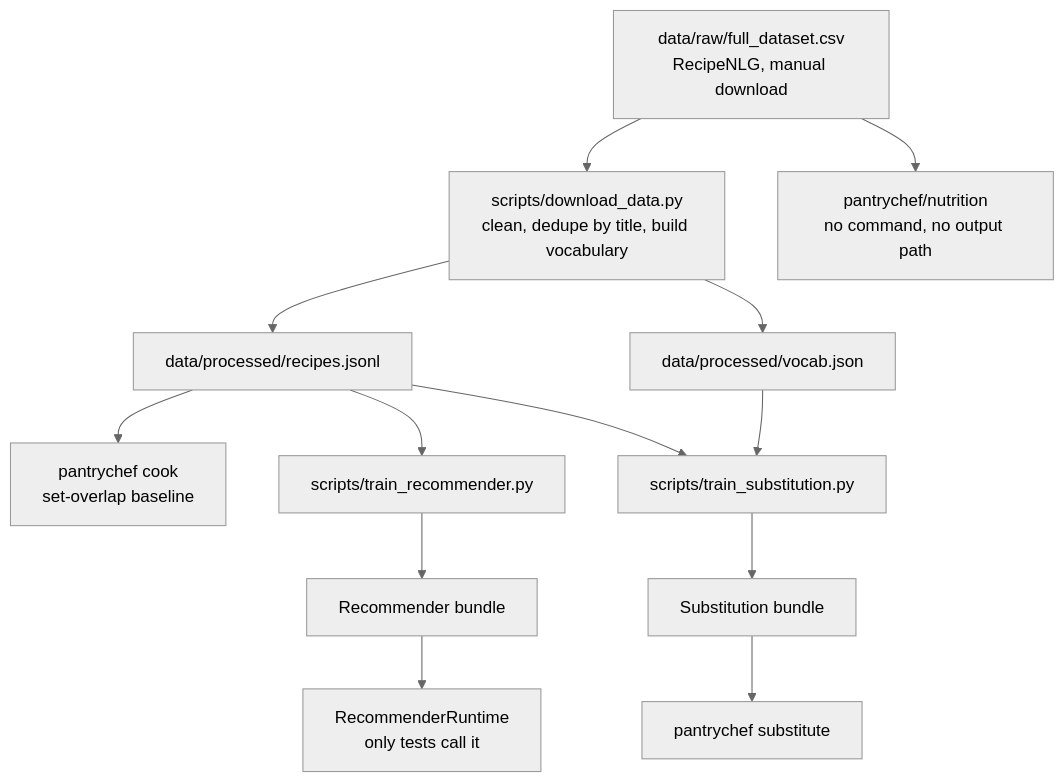
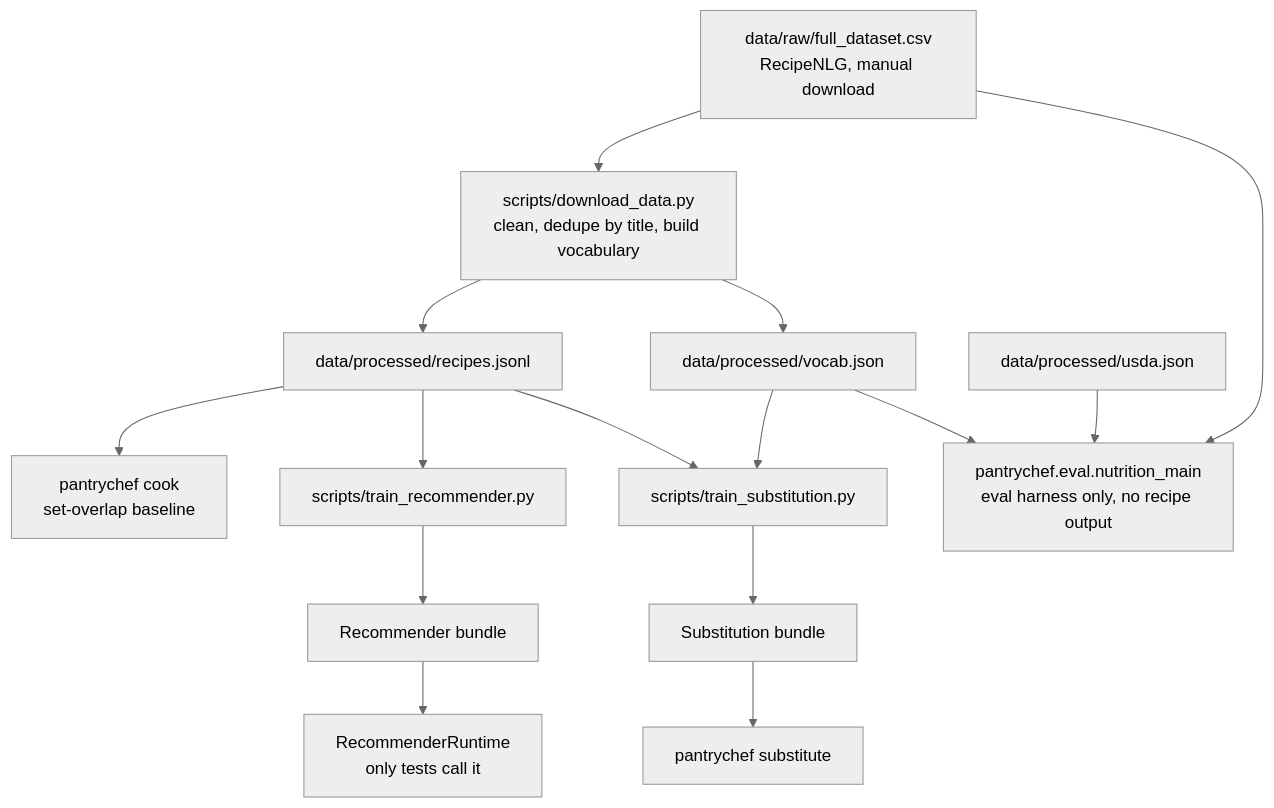
One commit to aritr-codes/PantryChef- changed the diagram in ARCHITECTURE.md. Above: the diagram before and after it, drawn with Mermaid (neutral theme). The commit also changed 21 other files, not shown here.

````diff
--- a/ARCHITECTURE.md
+++ b/ARCHITECTURE.md
@@ -21,25 +21,28 @@
 ```mermaid
 flowchart TD
   RAW["data/raw/full_dataset.csv<br/>RecipeNLG, manual download"]
   CLEAN["scripts/download_data.py<br/>clean, dedupe by title, build vocabulary"]
   REC["data/processed/recipes.jsonl"]
   VOC["data/processed/vocab.json"]
   COOK["pantrychef cook<br/>set-overlap baseline"]
   TRAINR["scripts/train_recommender.py"]
   BR["Recommender bundle"]
   RT["RecommenderRuntime<br/>only tests call it"]
   TRAINS["scripts/train_substitution.py"]
   BS["Substitution bundle"]
   SUB["pantrychef substitute"]
-  NUT["pantrychef/nutrition<br/>no command, no output path"]
+  USDAJ["data/processed/usda.json"]
+  NUT["pantrychef.eval.nutrition_main<br/>eval harness only, no recipe output"]
 
   RAW --> CLEAN
   CLEAN --> REC
   CLEAN --> VOC
   REC --> COOK
   REC --> TRAINR --> BR --> RT
   REC --> TRAINS
   VOC --> TRAINS
   TRAINS --> BS --> SUB
   RAW --> NUT
+  VOC --> NUT
+  USDAJ --> NUT
 ```
````
